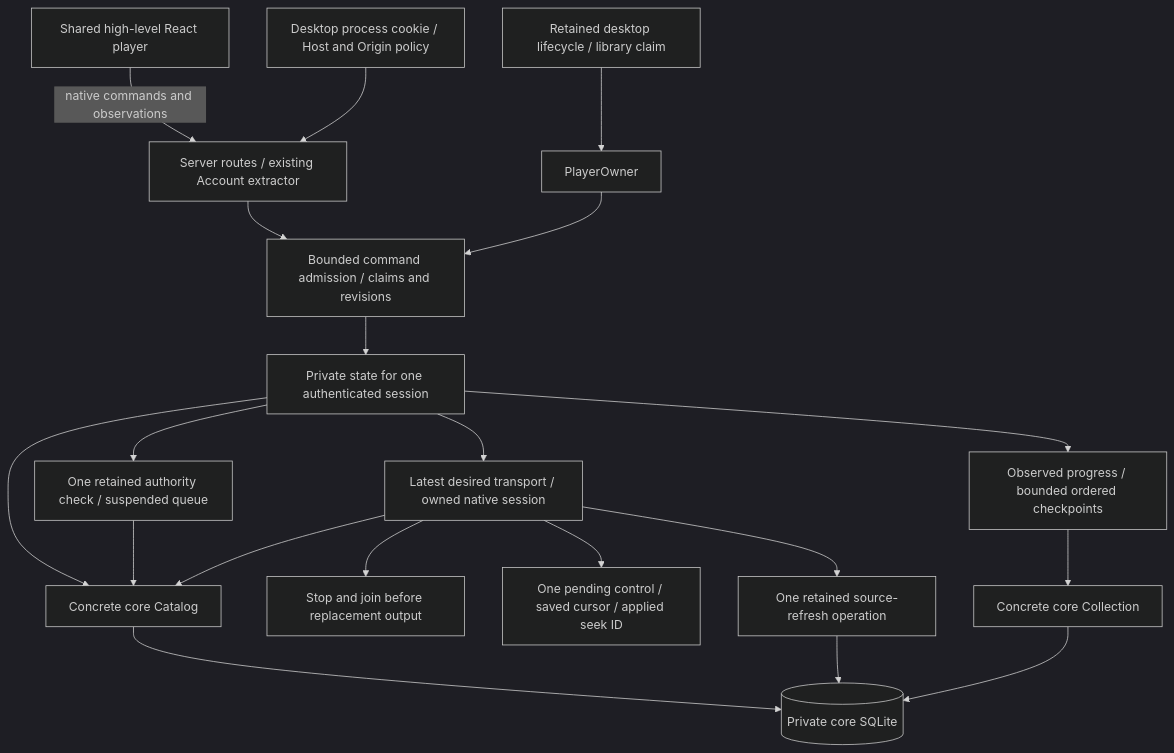
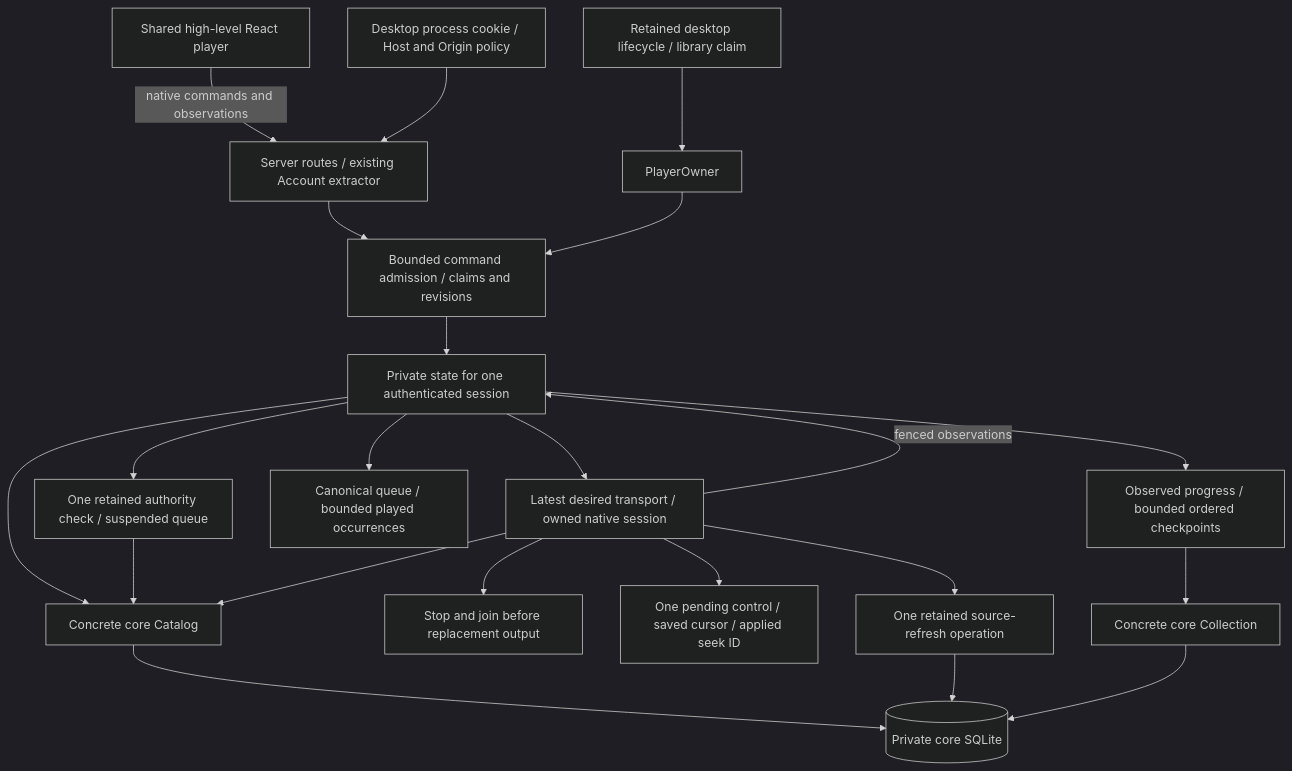
One commit to acidiney/hitoapp changed the first of 3 diagrams in docs/native-coordinator.md. Above: the diagram before and after it, drawn with Mermaid (dark theme). The commit also changed other lines of this file, not shown here.

Commit message:
Document native played history and Previous transport behavior

````diff
--- a/docs/native-coordinator.md
+++ b/docs/native-coordinator.md
@@ -9,22 +9,24 @@
 ```mermaid
 flowchart TB
   UI[Shared high-level React player] -->|native commands and observations| HTTP[Server routes / existing Account extractor]
   Access[Desktop process cookie / Host and Origin policy] --> HTTP
   HTTP --> Admission[Bounded command admission / claims and revisions]
   Host[Retained desktop lifecycle / library claim] --> Owner[PlayerOwner]
   Owner --> Admission
   Admission --> State[Private state for one authenticated session]
   State --> Catalog[Concrete core Catalog]
   State --> Authority[One retained authority check / suspended queue]
   Authority --> Catalog
   State --> Native[Latest desired transport / owned native session]
+  State --> History[Canonical queue / bounded played occurrences]
+  Native -->|fenced observations| State
   Native --> Catalog
   Native --> Join[Stop and join before replacement output]
   Native --> Controls[One pending control / saved cursor / applied seek ID]
   Native --> Refresh[One retained source-refresh operation]
   State --> Progress[Observed progress / bounded ordered checkpoints]
   Progress --> Collection[Concrete core Collection]
   Catalog --> DB[(Private core SQLite)]
   Refresh --> DB
   Collection --> DB
 ```
````
